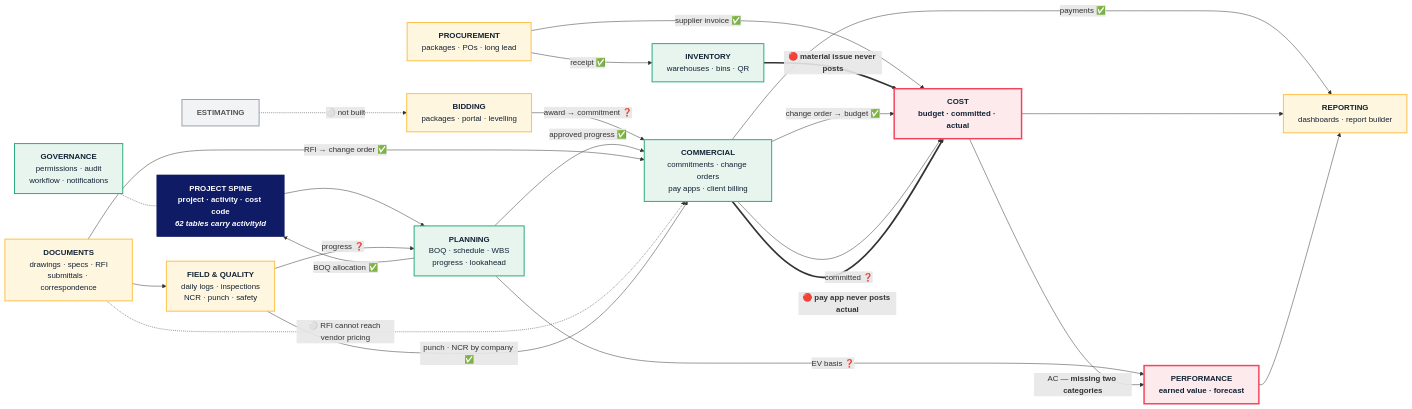
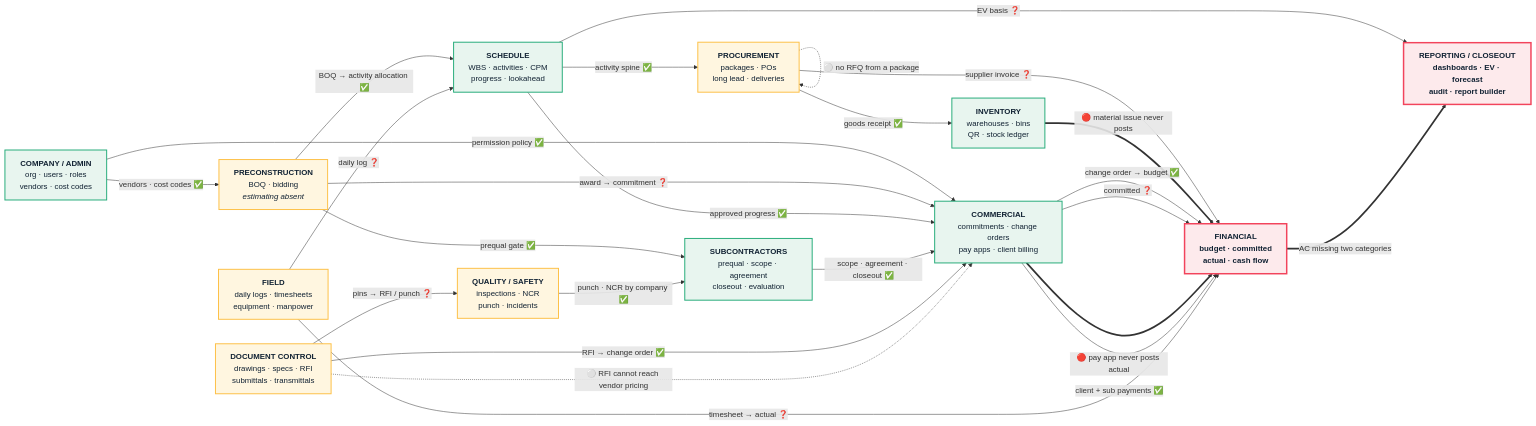
The first of 5 diagrams in docs/qa/OCTAPM_SYSTEM_NERVOUS_SYSTEM.md (mahmoud63/octapm), drawn with Mermaid before and after one commit. The commit also changed other lines of this file and 3 other files, not shown here.

````diff
--- a/docs/qa/OCTAPM_SYSTEM_NERVOUS_SYSTEM.md
+++ b/docs/qa/OCTAPM_SYSTEM_NERVOUS_SYSTEM.md
@@ -55,51 +127,51 @@
 ```mermaid
 flowchart LR
-    classDef spine fill:#0F1B64,stroke:#0F1B64,color:#ffffff,font-weight:bold
+    classDef spine fill:#0F1B64,stroke:#0F1B64,color:#fff,font-weight:bold
     classDef ok fill:#e8f5ef,stroke:#26AC7A,stroke-width:2px,color:#123
     classDef part fill:#fff6e0,stroke:#FDC047,stroke-width:2px,color:#123
     classDef broke fill:#fdeaec,stroke:#F2445C,stroke-width:3px,color:#123,font-weight:bold
     classDef gone fill:#f2f3f5,stroke:#9aa1ab,stroke-width:2px,color:#555
 
-    SPINE["<b>PROJECT SPINE</b><br/>project · activity · cost code<br/><i>62 tables carry activityId</i>"]:::spine
+    ADMIN["<b>COMPANY / ADMIN</b><br/>org · users · roles<br/>vendors · cost codes"]:::ok
+    PRECON["<b>PRECONSTRUCTION</b><br/>BOQ · bidding<br/><i>estimating absent</i>"]:::part
+    SCHED["<b>SCHEDULE</b><br/>WBS · activities · CPM<br/>progress · lookahead"]:::ok
+    PROC["<b>PROCUREMENT</b><br/>packages · POs<br/>long lead · deliveries"]:::part
+    INVEN["<b>INVENTORY</b><br/>warehouses · bins<br/>QR · stock ledger"]:::ok
+    SUBS["<b>SUBCONTRACTORS</b><br/>prequal · scope · agreement<br/>closeout · evaluation"]:::ok
+    COMM["<b>COMMERCIAL</b><br/>commitments · change orders<br/>pay apps · client billing"]:::ok
+    FIN["<b>FINANCIAL</b><br/>budget · committed<br/><b>actual</b> · cash flow"]:::broke
+    DOCS["<b>DOCUMENT CONTROL</b><br/>drawings · specs · RFI<br/>submittals · transmittals"]:::part
+    FIELD["<b>FIELD</b><br/>daily logs · timesheets<br/>equipment · manpower"]:::part
+    QUAL["<b>QUALITY / SAFETY</b><br/>inspections · NCR<br/>punch · incidents"]:::part
+    RPT["<b>REPORTING / CLOSEOUT</b><br/>dashboards · EV · forecast<br/>audit · report builder"]:::broke
 
-    PLAN["<b>PLANNING</b><br/>BOQ · schedule · WBS<br/>progress · lookahead"]:::ok
-    EST["<b>ESTIMATING</b>"]:::gone
-    BID["<b>BIDDING</b><br/>packages · portal · levelling"]:::part
-    PROC["<b>PROCUREMENT</b><br/>packages · POs · long lead"]:::part
-    INV["<b>INVENTORY</b><br/>warehouses · bins · QR"]:::ok
-    COMM["<b>COMMERCIAL</b><br/>commitments · change orders<br/>pay apps · client billing"]:::ok
-    COST["<b>COST</b><br/>budget · committed · actual"]:::broke
-    PERF["<b>PERFORMANCE</b><br/>earned value · forecast"]:::broke
-    DOC["<b>DOCUMENTS</b><br/>drawings · specs · RFI<br/>submittals · correspondence"]:::part
-    FIELD["<b>FIELD &amp; QUALITY</b><br/>daily logs · inspections<br/>NCR · punch · safety"]:::part
-    GOV["<b>GOVERNANCE</b><br/>permissions · audit<br/>workflow · notifications"]:::ok
-    OUT["<b>REPORTING</b><br/>dashboards · report builder"]:::part
+    ADMIN -->|"vendors · cost codes ✅"| PRECON
+    ADMIN -->|"permission policy ✅"| COMM
+    PRECON -->|"BOQ → activity allocation ✅"| SCHED
+    PRECON -->|"award → commitment ❓"| COMM
+    PRECON -->|"prequal gate ✅"| SUBS
 
-    EST -.->|"⚪ not built"| BID
-    BID -->|"award → commitment ❓"| COMM
-    PLAN -->|"BOQ allocation ✅"| SPINE
-    SPINE --> PLAN
+    SCHED -->|"approved progress ✅"| COMM
+    SCHED -->|"EV basis ❓"| RPT
+    SCHED -->|"activity spine ✅"| PROC
 
-    PROC -->|"receipt ✅"| INV
-    PROC -->|"supplier invoice ✅"| COST
-    INV ==>|"<b>🔴 material issue never posts</b>"| COST
+    PROC -->|"goods receipt ✅"| INVEN
+    PROC -.->|"⚪ no RFQ from a package"| PROC
+    PROC -->|"supplier invoice ❓"| FIN
+    INVEN ==>|"🔴 material issue never posts"| FIN
 
-    COMM -->|"change order → budget ✅"| COST
-    COMM -->|"committed ❓"| COST
-    COMM ==>|"<b>🔴 pay app never posts actual</b>"| COST
-    COMM -->|"payments ✅"| OUT
+    SUBS -->|"scope · agreement · closeout ✅"| COMM
+    COMM -->|"change order → budget ✅"| FIN
+    COMM -->|"committed ❓"| FIN
+    COMM ==>|"🔴 pay app never posts actual"| FIN
+    COMM -->|"client + sub payments ✅"| FIN
 
-    PLAN -->|"approved progress ✅"| COMM
-    PLAN -->|"EV basis ❓"| PERF
-    COST -->|"AC — <b>missing two categories</b>"| PERF
+    DOCS -->|"RFI → change order ✅"| COMM
+    DOCS -.->|"⚪ RFI cannot reach vendor pricing"| COMM
+    DOCS -->|"pins → RFI / punch ❓"| QUAL
+    FIELD -->|"timesheet → actual ❓"| FIN
+    FIELD -->|"daily log ❓"| SCHED
+    QUAL -->|"punch · NCR by company ✅"| SUBS
 
-    DOC -->|"RFI → change order ✅"| COMM
-    DOC -.->|"⚪ RFI cannot reach vendor pricing"| COMM
-    FIELD -->|"progress ❓"| PLAN
-    FIELD -->|"punch · NCR by company ✅"| COMM
-    DOC --> FIELD
-
-    GOV -.- SPINE
-    COST --> OUT
-    PERF --> OUT
+    FIN ==>|"AC missing two categories"| RPT
 ```
````
